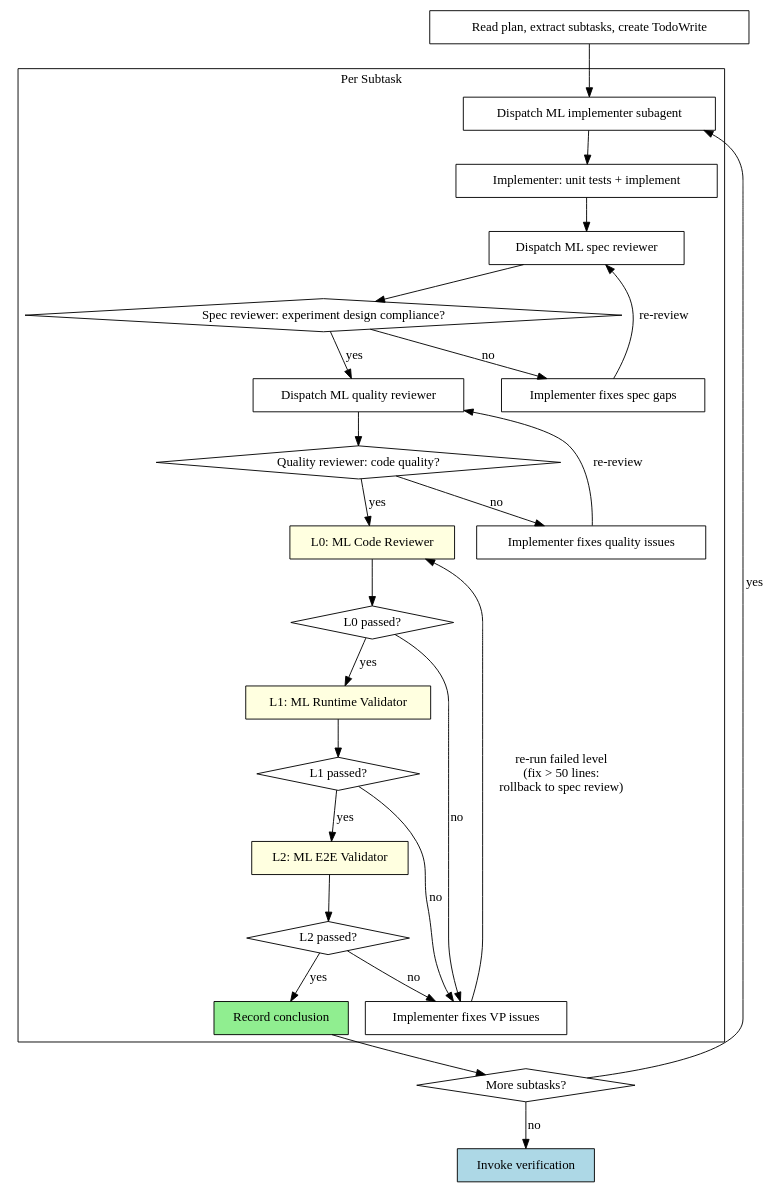
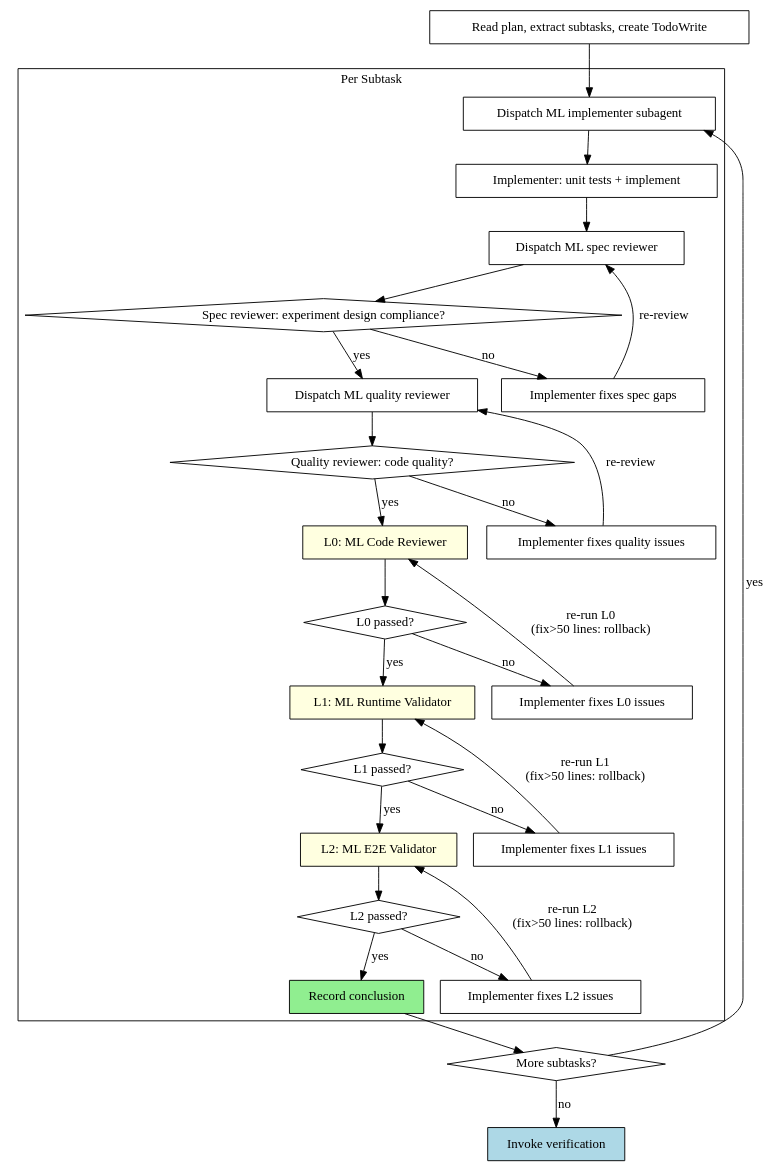
The diagram in skills/subagent-dev/SKILL.md (qqhard/superpowers-ML), drawn with Graphviz before and after one commit. The commit also changed other lines of this file and 1 other file, not shown here.

Commit message:
fix: address code review - README refs, quality reviewer VP section, fix loop diagram, layers→levels

````diff
--- a/skills/subagent-dev/SKILL.md
+++ b/skills/subagent-dev/SKILL.md
@@ -31,54 +31,58 @@
 ```dot
 digraph process {
     rankdir=TB;
 
     subgraph cluster_per_subtask {
         label="Per Subtask";
         "Dispatch ML implementer subagent" [shape=box];
         "Implementer: unit tests + implement" [shape=box];
         "Dispatch ML spec reviewer" [shape=box];
         "Spec reviewer: experiment design compliance?" [shape=diamond];
         "Implementer fixes spec gaps" [shape=box];
         "Dispatch ML quality reviewer" [shape=box];
         "Quality reviewer: code quality?" [shape=diamond];
         "Implementer fixes quality issues" [shape=box];
         "L0: ML Code Reviewer" [shape=box style=filled fillcolor=lightyellow];
         "L0 passed?" [shape=diamond];
+        "Implementer fixes L0 issues" [shape=box];
         "L1: ML Runtime Validator" [shape=box style=filled fillcolor=lightyellow];
         "L1 passed?" [shape=diamond];
+        "Implementer fixes L1 issues" [shape=box];
         "L2: ML E2E Validator" [shape=box style=filled fillcolor=lightyellow];
         "L2 passed?" [shape=diamond];
-        "Implementer fixes VP issues" [shape=box];
+        "Implementer fixes L2 issues" [shape=box];
         "Record conclusion" [shape=box style=filled fillcolor=lightgreen];
     }
 
     "Read plan, extract subtasks, create TodoWrite" [shape=box];
     "More subtasks?" [shape=diamond];
     "Invoke verification" [shape=box style=filled fillcolor=lightblue];
 
     "Read plan, extract subtasks, create TodoWrite" -> "Dispatch ML implementer subagent";
     "Dispatch ML implementer subagent" -> "Implementer: unit tests + implement";
     "Implementer: unit tests + implement" -> "Dispatch ML spec reviewer";
     "Dispatch ML spec reviewer" -> "Spec reviewer: experiment design compliance?";
     "Spec reviewer: experiment design compliance?" -> "Implementer fixes spec gaps" [label="no"];
     "Implementer fixes spec gaps" -> "Dispatch ML spec reviewer" [label="re-review"];
     "Spec reviewer: experiment design compliance?" -> "Dispatch ML quality reviewer" [label="yes"];
     "Dispatch ML quality reviewer" -> "Quality reviewer: code quality?";
     "Quality reviewer: code quality?" -> "Implementer fixes quality issues" [label="no"];
     "Implementer fixes quality issues" -> "Dispatch ML quality reviewer" [label="re-review"];
     "Quality reviewer: code quality?" -> "L0: ML Code Reviewer" [label="yes"];
     "L0: ML Code Reviewer" -> "L0 passed?";
     "L0 passed?" -> "L1: ML Runtime Validator" [label="yes"];
-    "L0 passed?" -> "Implementer fixes VP issues" [label="no"];
+    "L0 passed?" -> "Implementer fixes L0 issues" [label="no"];
+    "Implementer fixes L0 issues" -> "L0: ML Code Reviewer" [label="re-run L0\n(fix>50 lines: rollback)"];
     "L1: ML Runtime Validator" -> "L1 passed?";
     "L1 passed?" -> "L2: ML E2E Validator" [label="yes"];
-    "L1 passed?" -> "Implementer fixes VP issues" [label="no"];
+    "L1 passed?" -> "Implementer fixes L1 issues" [label="no"];
+    "Implementer fixes L1 issues" -> "L1: ML Runtime Validator" [label="re-run L1\n(fix>50 lines: rollback)"];
     "L2: ML E2E Validator" -> "L2 passed?";
     "L2 passed?" -> "Record conclusion" [label="yes"];
-    "L2 passed?" -> "Implementer fixes VP issues" [label="no"];
-    "Implementer fixes VP issues" -> "L0: ML Code Reviewer" [label="re-run failed level\n(fix > 50 lines:\nrollback to spec review)"];
+    "L2 passed?" -> "Implementer fixes L2 issues" [label="no"];
+    "Implementer fixes L2 issues" -> "L2: ML E2E Validator" [label="re-run L2\n(fix>50 lines: rollback)"];
     "Record conclusion" -> "More subtasks?";
     "More subtasks?" -> "Dispatch ML implementer subagent" [label="yes"];
     "More subtasks?" -> "Invoke verification" [label="no"];
 }
 ```
````
